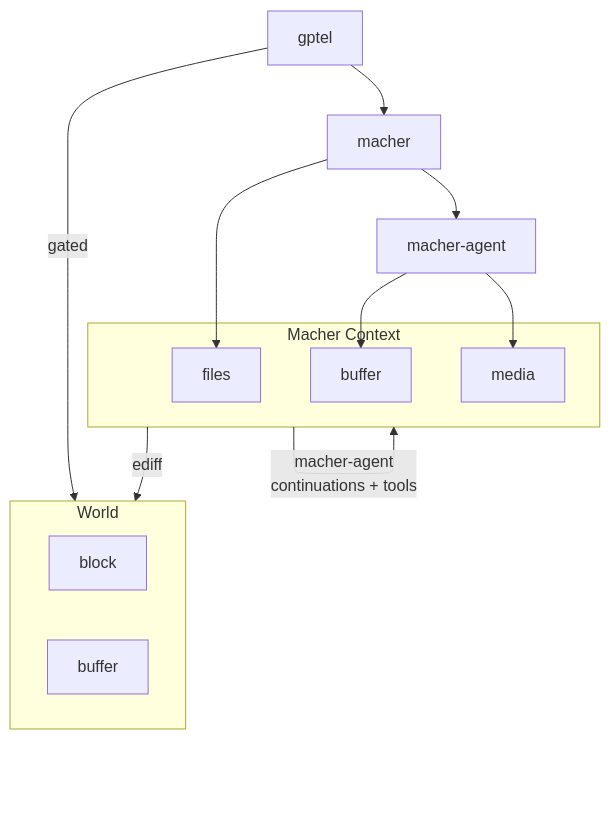
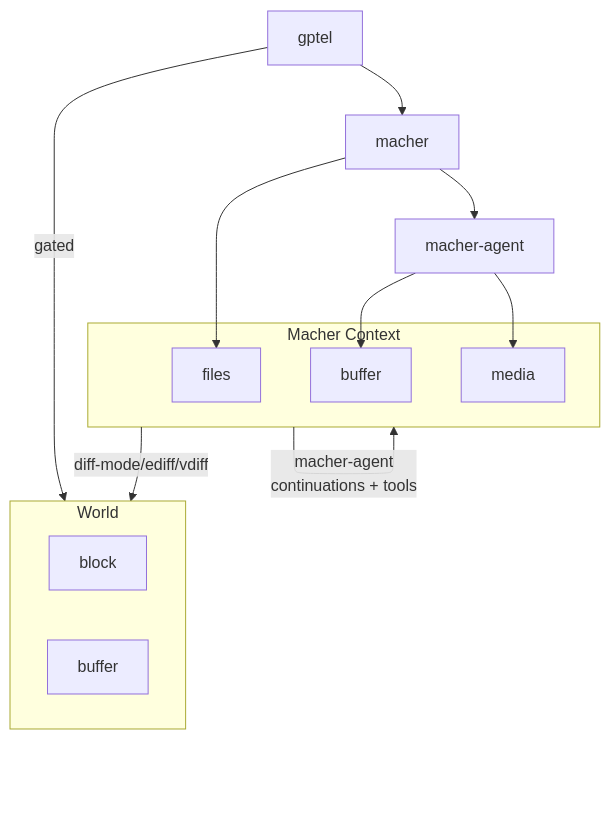
The diagram in README.md (davidwuchn/macher-agent), drawn with Mermaid before and after one commit. The commit also changed other lines of this file and 3 other files, not shown here.

````diff
--- a/README.md
+++ b/README.md
@@ -18,25 +18,25 @@
 ```mermaid
 graph TD
     gptel --> macher
     macher --> macher-agent
 
     subgraph world [World]
         direction LR
         block
         emacs-buffer[buffer]
     end
 
     subgraph macher-context [Macher Context]
         files
         buffer
         media
     end
 
     gptel --> |gated| world
     macher --> files
-    macher-context --> |ediff| world
+    macher-context --> |diff-mode/ediff/vdiff| world
     macher-agent --> buffer
     macher-agent --> media
     macher-context -->|macher-agent<br /> continuations + tools| macher-context 
 
 ```
````
